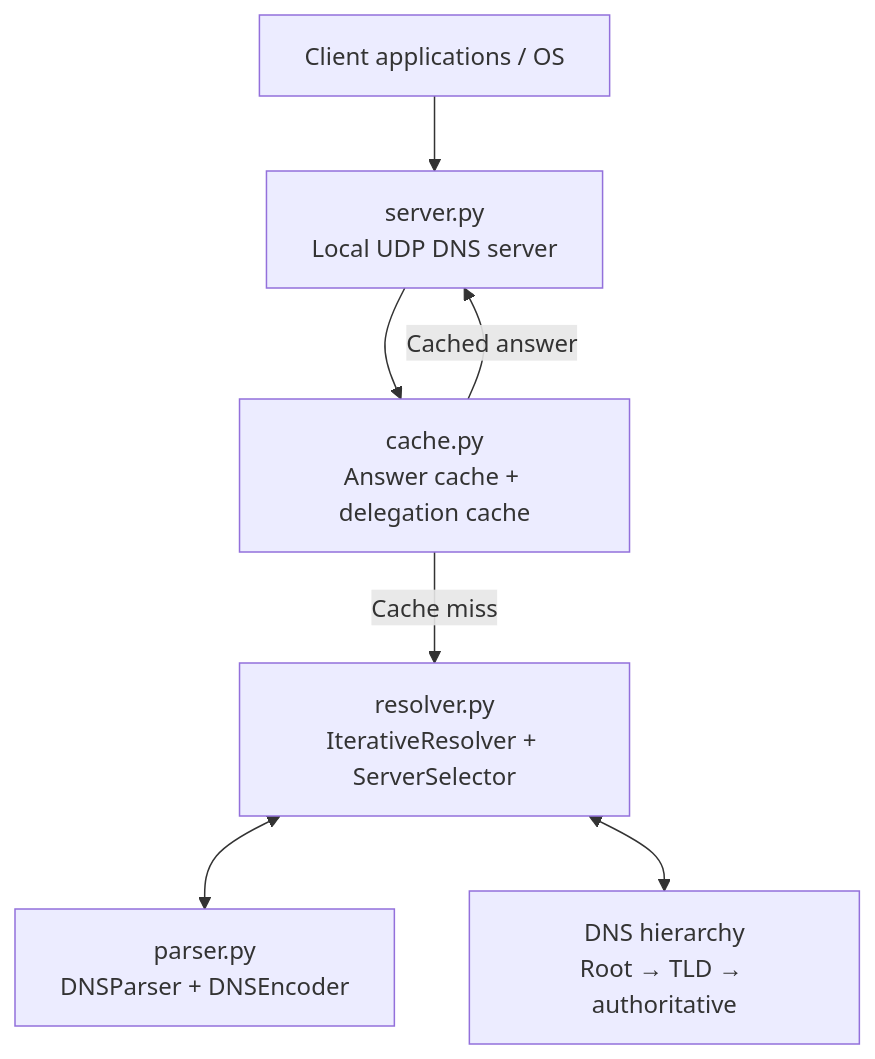
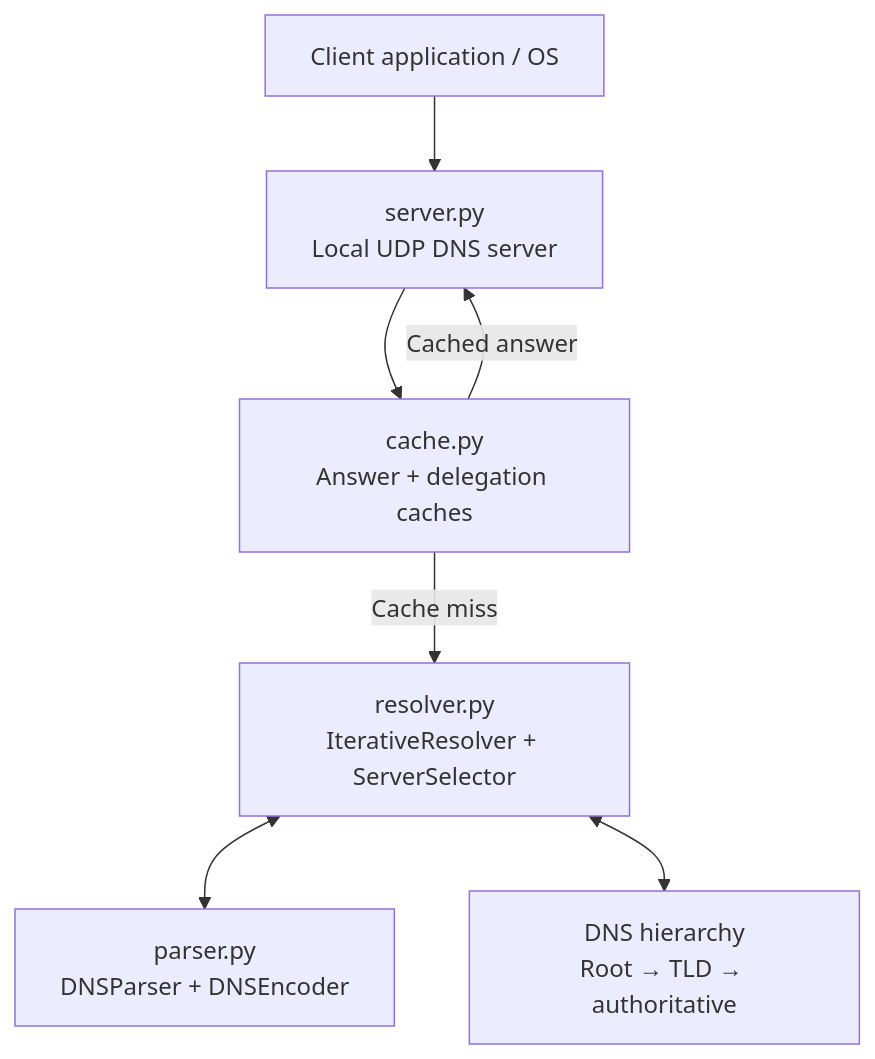
Before and after one commit to MaiCoderHoon/RootRunner: the second of 3 diagrams in README.md, drawn with Mermaid. The commit also changed other lines of this file, not shown here.

Commit message:
docs: restructure RootRunner README

````diff
--- a/README.md
+++ b/README.md
@@ -190,16 +141,16 @@
-~~~mermaid
+```mermaid
 flowchart TB
-    Client["Client applications / OS"]
+    Client["Client application / OS"]
     Server["server.py<br/>Local UDP DNS server"]
-    Cache["cache.py<br/>Answer cache + delegation cache"]
+    Cache["cache.py<br/>Answer + delegation caches"]
     Resolver["resolver.py<br/>IterativeResolver + ServerSelector"]
     Parser["parser.py<br/>DNSParser + DNSEncoder"]
-    Hierarchy["DNS hierarchy<br/>Root → TLD → authoritative"]
+    DNS["DNS hierarchy<br/>Root → TLD → authoritative"]
 
     Client --> Server
     Server --> Cache
     Cache -->|Cache miss| Resolver
     Resolver <--> Parser
-    Resolver <--> Hierarchy
+    Resolver <--> DNS
     Cache -->|Cached answer| Server
-~~~
+```
````
